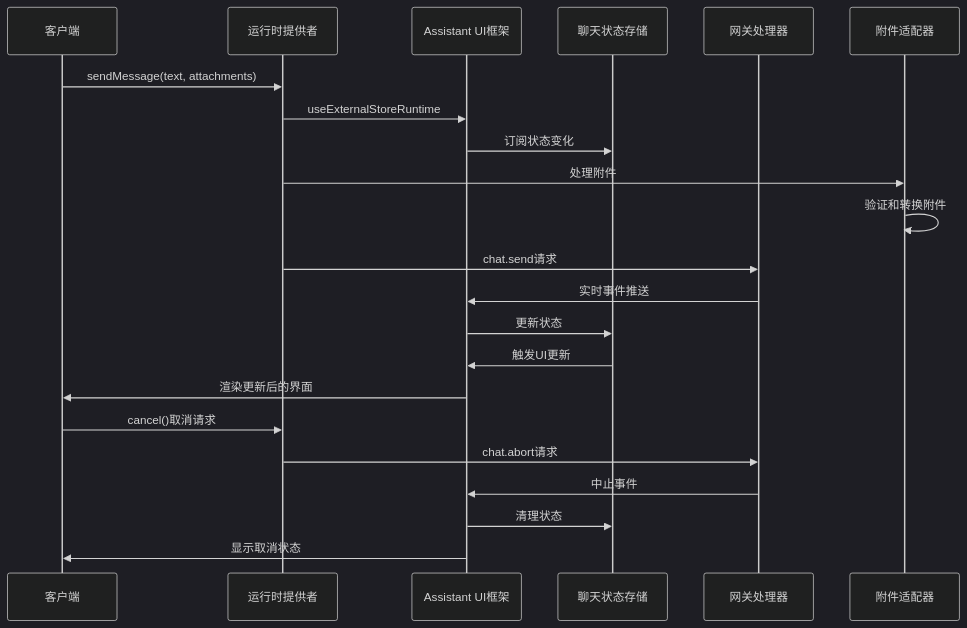
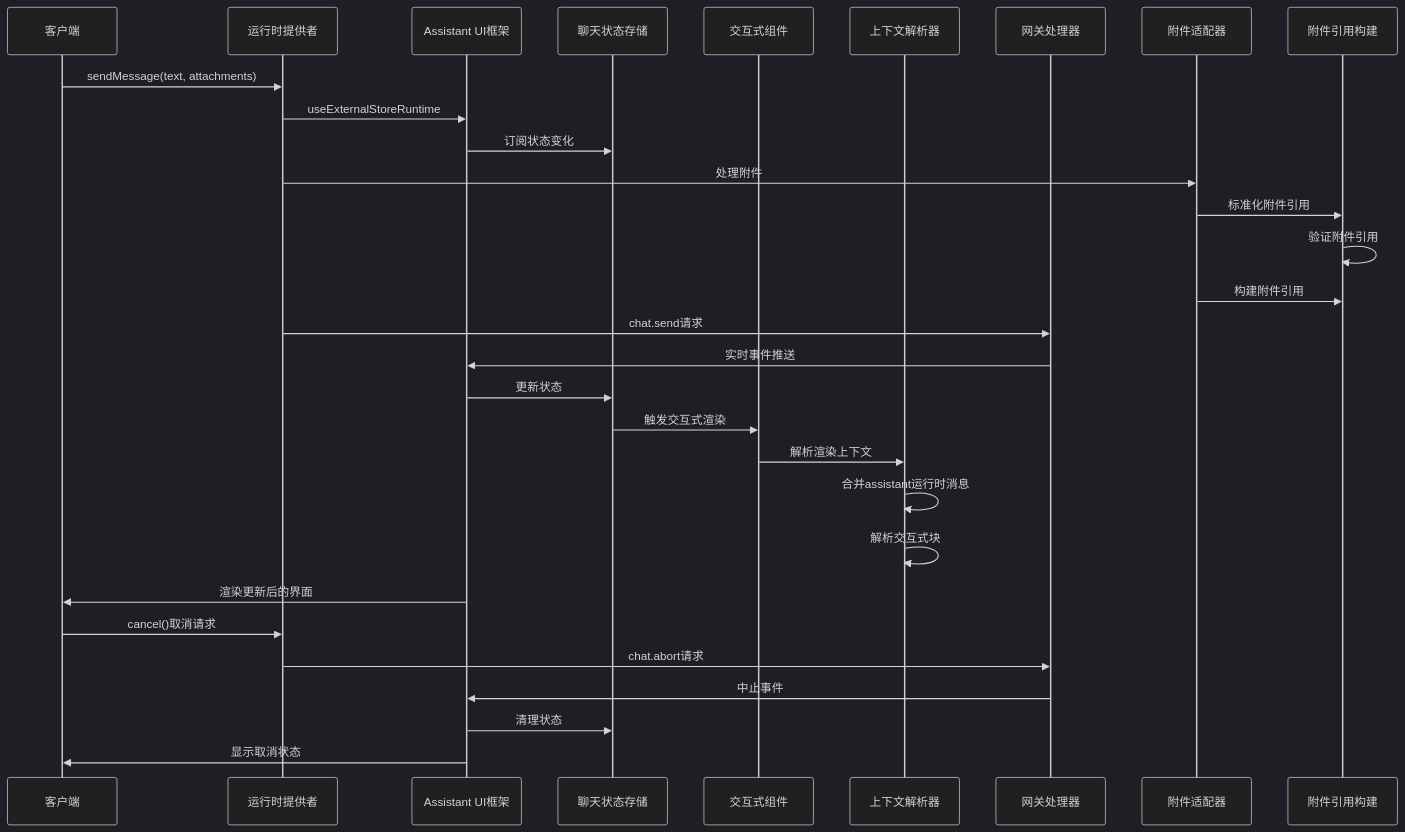
Before and after one commit to verse-ai-org/openclaw: the second of 39 diagrams in .qoder/repowiki/zh/content/Web界面/WebChat界面/聊天运行时提供者增强/聊天运行时提供者增强.md, drawn with Mermaid (dark theme). The commit also changed other lines of this file and 86 other files, not shown here.

````diff
--- a/.qoder/repowiki/zh/content/Web界面/WebChat界面/聊天运行时提供者增强/聊天运行时提供者增强.md
+++ b/.qoder/repowiki/zh/content/Web界面/WebChat界面/聊天运行时提供者增强/聊天运行时提供者增强.md
@@ -238,24 +274,32 @@
 ```mermaid
 sequenceDiagram
 participant Client as 客户端
 participant RuntimeProvider as 运行时提供者
 participant AssistantUI as Assistant UI框架
 participant ChatStore as 聊天状态存储
+participant InteractiveParts as 交互式组件
+participant ResolveContext as 上下文解析器
 participant Gateway as 网关处理器
 participant AttachmentAdapter as 附件适配器
+participant AttachmentNormalize as 附件引用构建
 Client->>RuntimeProvider : sendMessage(text, attachments)
 RuntimeProvider->>AssistantUI : useExternalStoreRuntime
 AssistantUI->>ChatStore : 订阅状态变化
 RuntimeProvider->>AttachmentAdapter : 处理附件
-AttachmentAdapter->>AttachmentAdapter : 验证和转换附件
+AttachmentAdapter->>AttachmentNormalize : 标准化附件引用
+AttachmentNormalize->>AttachmentNormalize : 验证附件引用
+AttachmentAdapter->>AttachmentNormalize : 构建附件引用
 RuntimeProvider->>Gateway : chat.send请求
 Gateway->>AssistantUI : 实时事件推送
 AssistantUI->>ChatStore : 更新状态
-ChatStore->>AssistantUI : 触发UI更新
+ChatStore->>InteractiveParts : 触发交互式渲染
+InteractiveParts->>ResolveContext : 解析渲染上下文
+ResolveContext->>ResolveContext : 合并assistant运行时消息
+ResolveContext->>ResolveContext : 解析交互式块
 AssistantUI->>Client : 渲染更新后的界面
 Client->>RuntimeProvider : cancel()取消请求
 RuntimeProvider->>Gateway : chat.abort请求
 Gateway->>AssistantUI : 中止事件
 AssistantUI->>ChatStore : 清理状态
 AssistantUI->>Client : 显示取消状态
 ```
````
